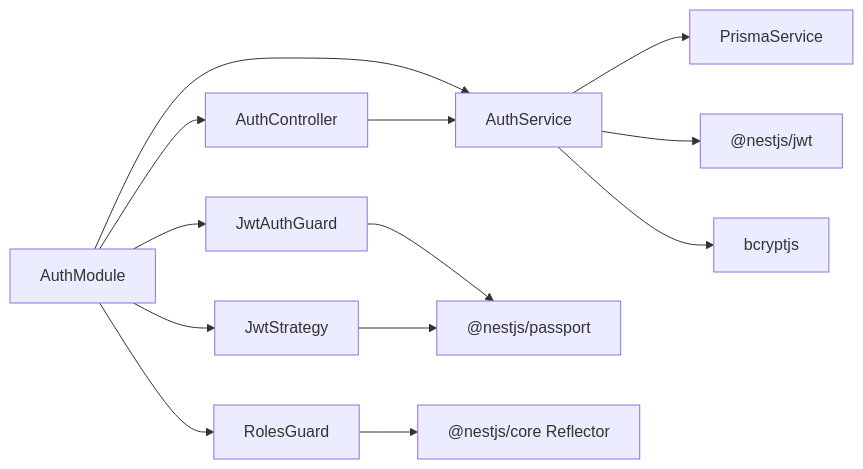
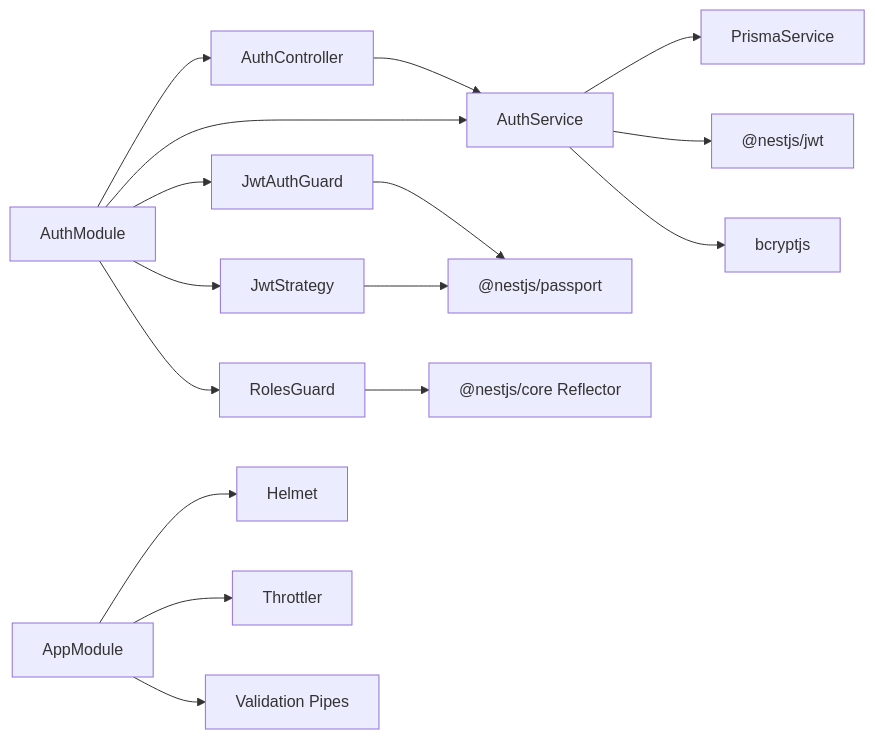
One commit to jairosouza67/99-Pai changed the ninth of 9 diagrams in .qoder/repowiki/en/content/Authentication & Authorization System.md. Above: the diagram before and after it, drawn with Mermaid. The commit also changed other lines of this file and 4 other files, not shown here.

Commit message:
docs: update repository wiki metadata and architecture notes

````diff
--- a/.qoder/repowiki/en/content/Authentication & Authorization System.md
+++ b/.qoder/repowiki/en/content/Authentication & Authorization System.md
@@ -361,15 +427,18 @@
 ```mermaid
 graph LR
 AM["AuthModule"] --> AC["AuthController"]
 AM --> AS["AuthService"]
 AM --> JSG["JwtAuthGuard"]
 AM --> JST["JwtStrategy"]
 AM --> RG["RolesGuard"]
 AC --> AS
 AS --> PRISMA["PrismaService"]
 AS --> JWT["@nestjs/jwt"]
 AS --> BC["bcryptjs"]
 JSG --> PASS["@nestjs/passport"]
 JST --> PASS
 RG --> REF["@nestjs/core Reflector"]
+APP["AppModule"] --> HELMET["Helmet"]
+APP --> THROTTLE["Throttler"]
+APP --> VALIDATION["Validation Pipes"]
 ```
````
